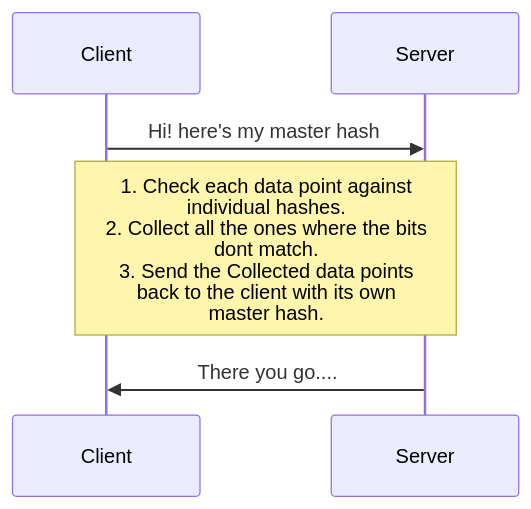
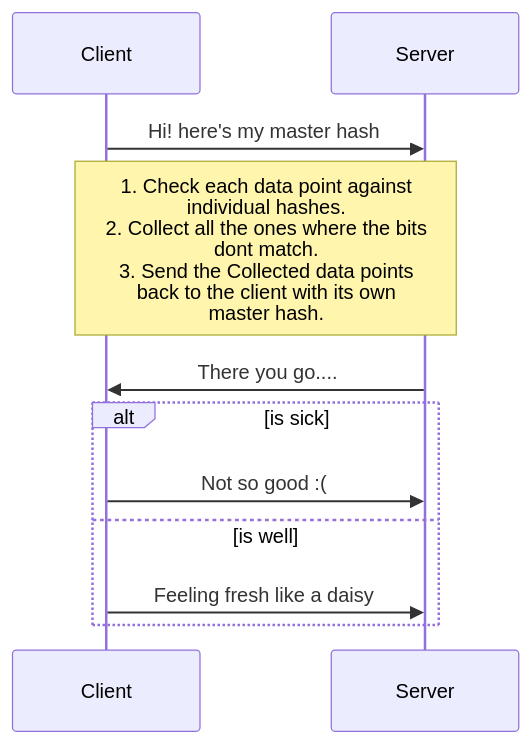
Before and after one commit to trshant-sugoi/stackedit: the first of 2 diagrams in drafts/2019-02-05-bloom-filter.md, drawn with Mermaid. The commit also changed other lines of this file, not shown here.

Commit message:
drafts/2019-02-05-bloom-filter.md updated from https://stackedit.io/

````diff
--- a/drafts/2019-02-05-bloom-filter.md
+++ b/drafts/2019-02-05-bloom-filter.md
@@ -10,8 +10,14 @@
 ```mermaid
 sequenceDiagram
 Client ->> Server: Hi! here's my master hash
 
 Note over Server,Client: 1. Check each data point against <br/>individual hashes.<br/>2. Collect all the ones where the bits<br/> dont match.<br/>3. Send the Collected data points <br/>back to the client with its own<br/> master hash.
 
 Server ->> Client: There you go....
+
+alt is sick
+        Client->>Server: Not so good :(
+else is well
+        Client->>Server: Feeling fresh like a daisy
+end
 ```
````
